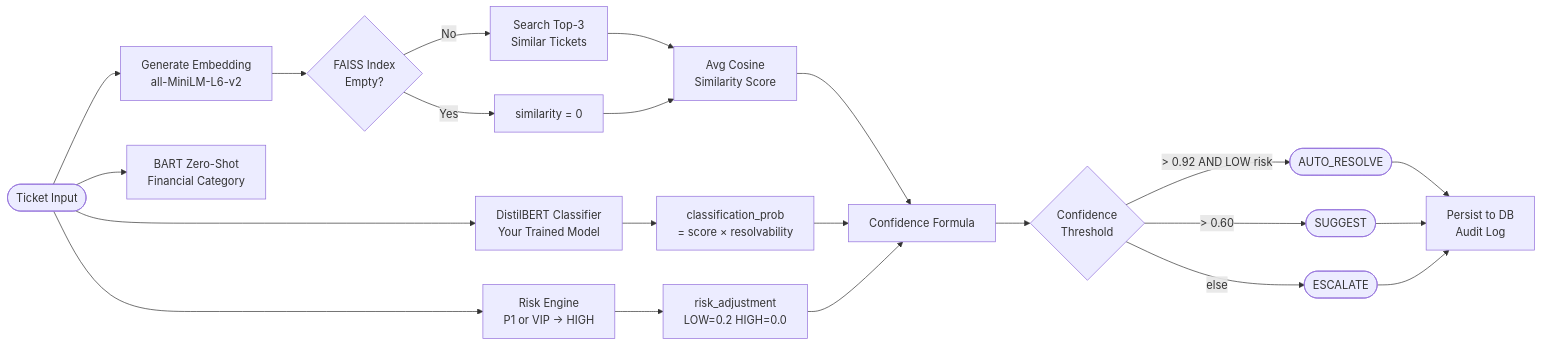
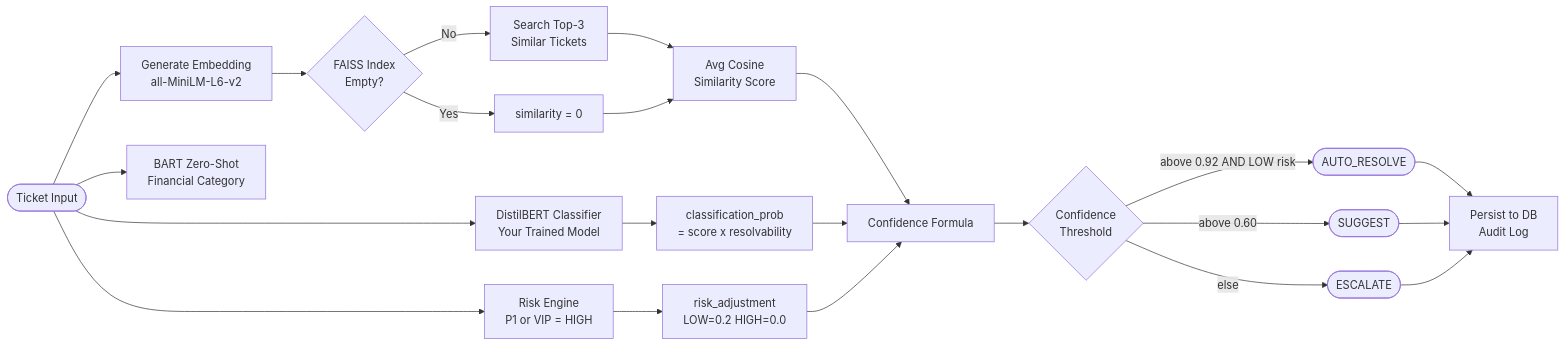
Before and after one commit to nanduveera30-boop/AI-Ticket-System: the second of 7 diagrams in README.md, drawn with Mermaid. The commit also changed other lines of this file, not shown here.

Commit message:
fix: correct mermaid diagram syntax for GitHub rendering

````diff
--- a/README.md
+++ b/README.md
@@ -71,30 +71,30 @@
 ```mermaid
 flowchart LR
     A([Ticket Input]) --> B[Generate Embedding\nall-MiniLM-L6-v2]
     B --> C{FAISS Index\nEmpty?}
     C -- No --> D[Search Top-3\nSimilar Tickets]
     C -- Yes --> E[similarity = 0]
     D --> F[Avg Cosine\nSimilarity Score]
     E --> F
 
     A --> G[DistilBERT Classifier\nYour Trained Model]
-    G --> H[classification_prob\n= score × resolvability]
+    G --> H[classification_prob\n= score x resolvability]
 
     A --> I[BART Zero-Shot\nFinancial Category]
 
-    A --> J[Risk Engine\nP1 or VIP → HIGH]
+    A --> J[Risk Engine\nP1 or VIP = HIGH]
     J --> K[risk_adjustment\nLOW=0.2 HIGH=0.0]
 
     F --> L[Confidence Formula]
     H --> L
     K --> L
 
     L --> M{Confidence\nThreshold}
-    M -- "> 0.92 AND LOW risk" --> N([AUTO_RESOLVE])
-    M -- "> 0.60" --> O([SUGGEST])
-    M -- "else" --> P([ESCALATE])
+    M -->|above 0.92 AND LOW risk| N([AUTO_RESOLVE])
+    M -->|above 0.60| O([SUGGEST])
+    M -->|else| P([ESCALATE])
 
     N --> Q[Persist to DB\nAudit Log]
     O --> Q
     P --> Q
 ```
````
